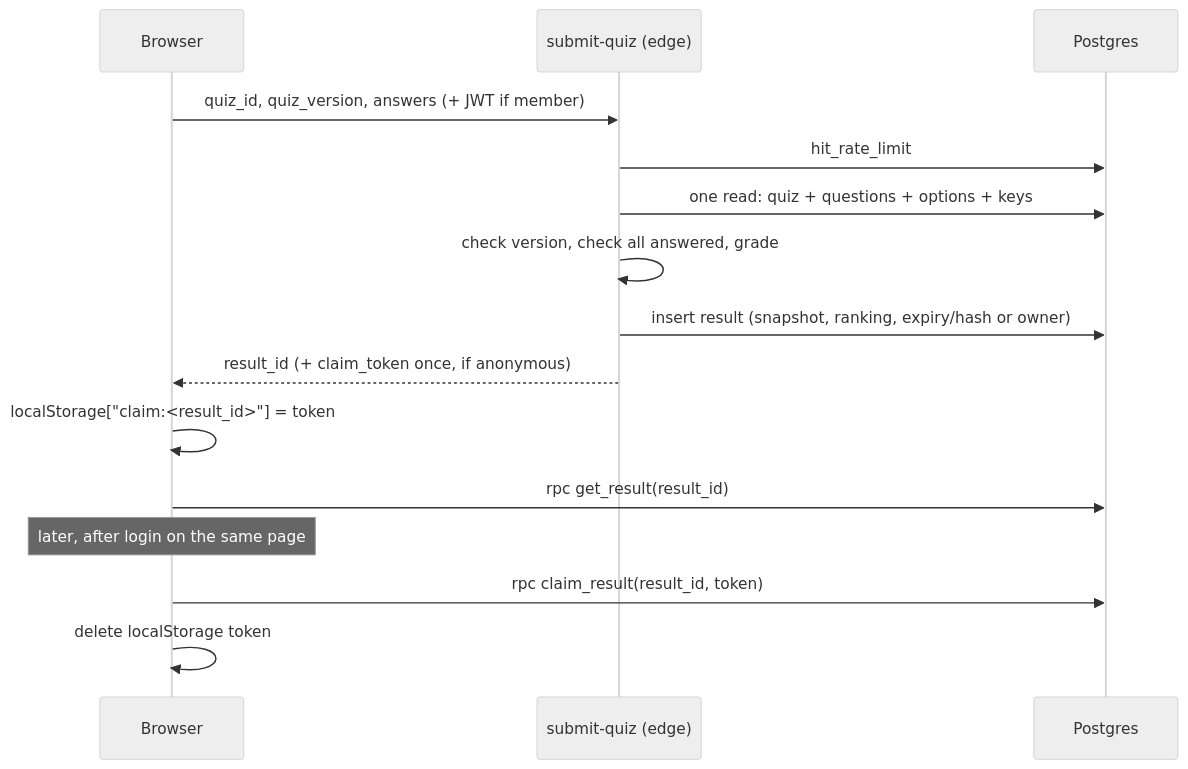
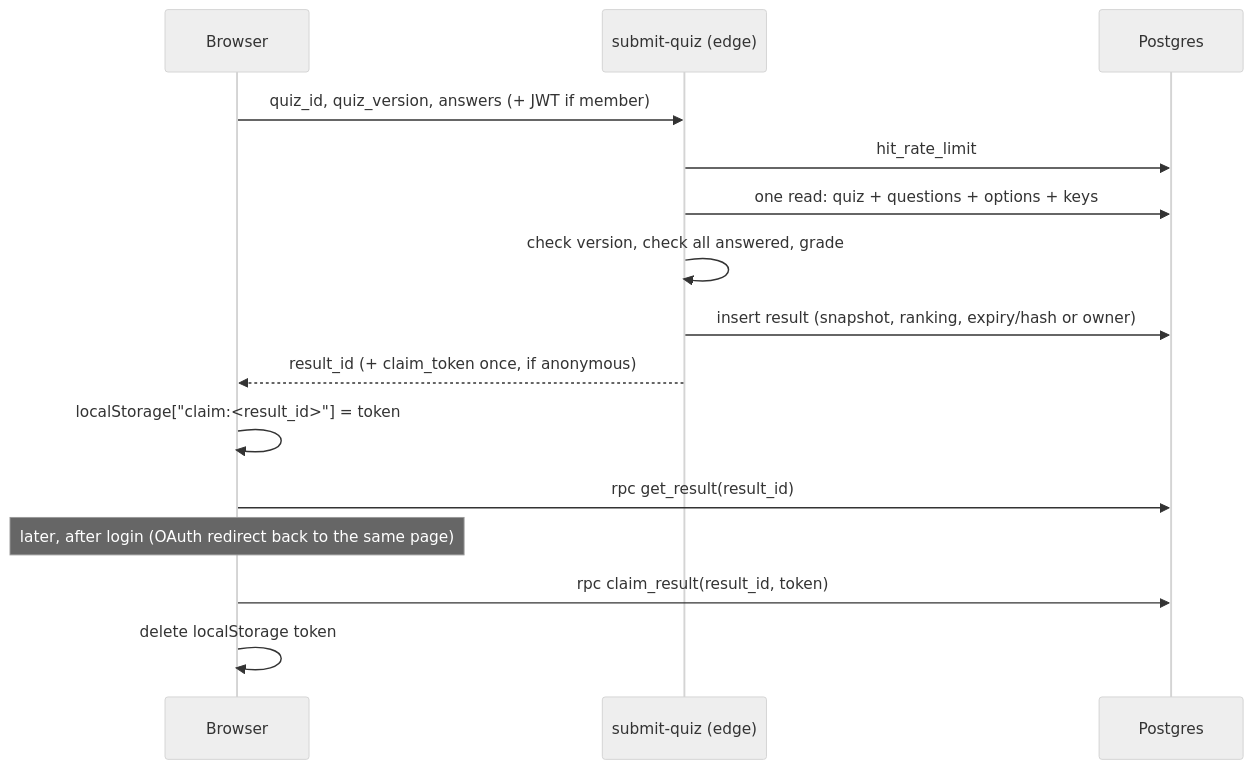
Before and after one commit to igl-myrick/quiz-maker-v2: the second of 2 diagrams in ARCHITECTURE_SPEC.md, drawn with Mermaid (neutral theme). The commit also changed other lines of this file and 10 other files, not shown here.

````diff
--- a/ARCHITECTURE_SPEC.md
+++ b/ARCHITECTURE_SPEC.md
@@ -409,17 +409,17 @@
 ```mermaid
 sequenceDiagram
     participant B as Browser
     participant E as submit-quiz (edge)
     participant DB as Postgres
     B->>E: quiz_id, quiz_version, answers (+ JWT if member)
     E->>DB: hit_rate_limit
     E->>DB: one read: quiz + questions + options + keys
     E->>E: check version, check all answered, grade
     E->>DB: insert result (snapshot, ranking, expiry/hash or owner)
     E-->>B: result_id (+ claim_token once, if anonymous)
     B->>B: localStorage["claim:<result_id>"] = token
     B->>DB: rpc get_result(result_id)
-    Note over B: later, after login on the same page
+    Note over B: later, after login (OAuth redirect back to the same page)
     B->>DB: rpc claim_result(result_id, token)
     B->>B: delete localStorage token
 ```
````
